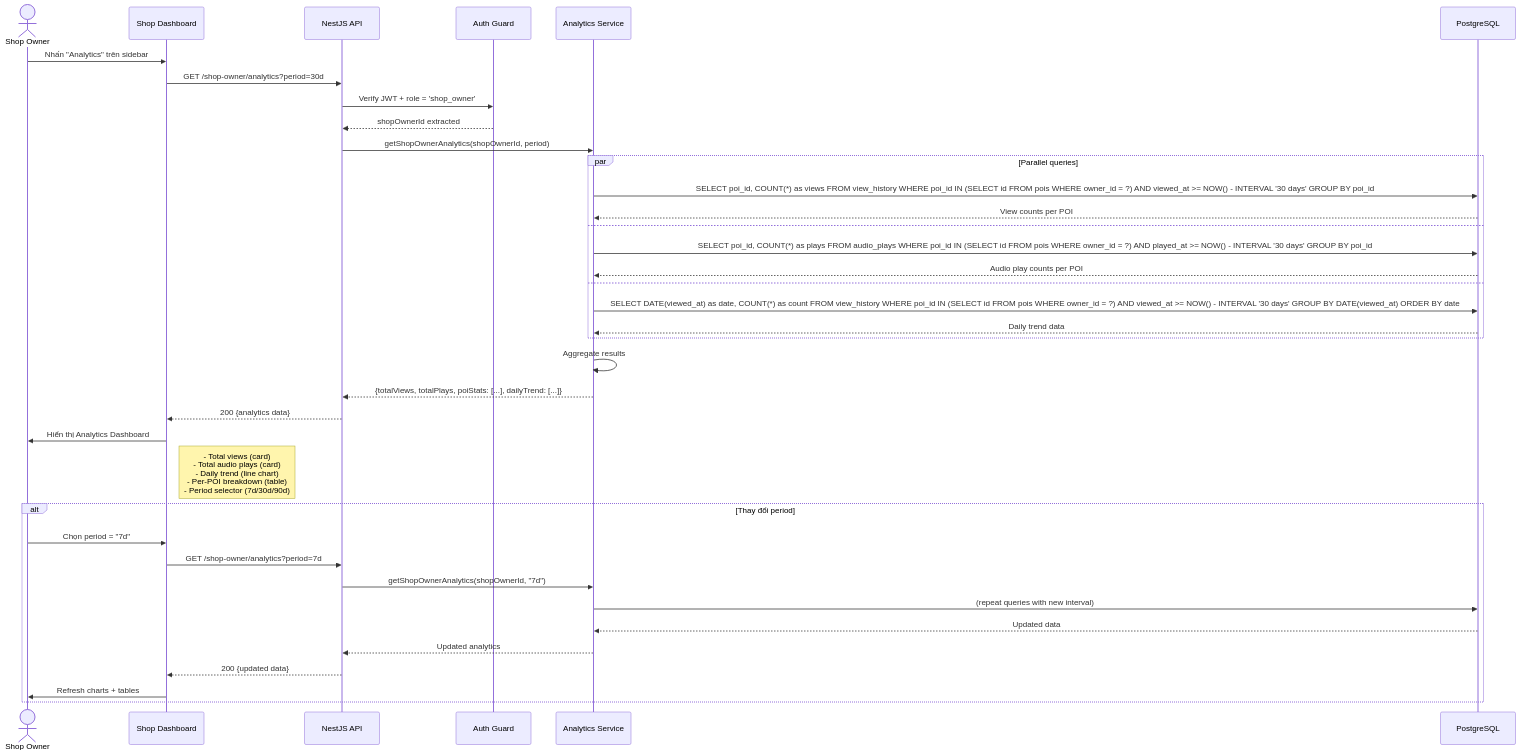
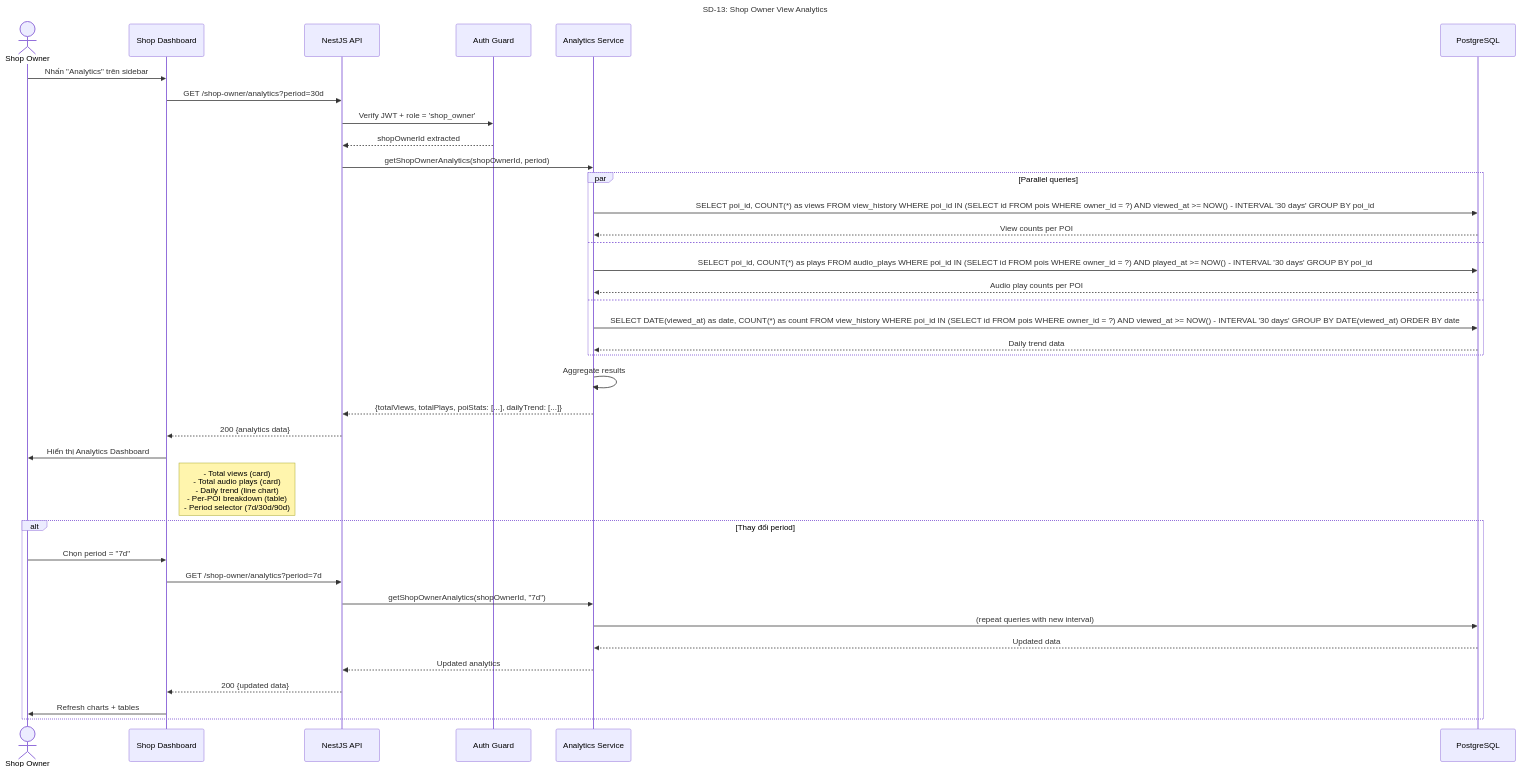
One commit to Ttuandatt/Seminar changed diagram 13 of 17 in docs/step3_prd/15_sequence_diagrams.md. Above: the diagram before and after it, drawn with Mermaid. The commit also changed other lines of this file, not shown here.

Commit message:
docs(sequence): add title labels to all 17 mermaid sequence diagrams for draw.io identification

````diff
--- a/docs/step3_prd/15_sequence_diagrams.md
+++ b/docs/step3_prd/15_sequence_diagrams.md
@@ -620,46 +632,47 @@
 ```mermaid
 sequenceDiagram
+    title SD-13: Shop Owner View Analytics
     actor SO as Shop Owner
     participant UI as Shop Dashboard
     participant API as NestJS API
     participant Guard as Auth Guard
     participant Analytics as Analytics Service
     participant DB as PostgreSQL
 
     SO->>UI: Nhấn "Analytics" trên sidebar
     UI->>API: GET /shop-owner/analytics?period=30d
     
     API->>Guard: Verify JWT + role = 'shop_owner'
     Guard-->>API: shopOwnerId extracted
     
     API->>Analytics: getShopOwnerAnalytics(shopOwnerId, period)
     
     par Parallel queries
         Analytics->>DB: SELECT poi_id, COUNT(*) as views FROM view_history WHERE poi_id IN (SELECT id FROM pois WHERE owner_id = ?) AND viewed_at >= NOW() - INTERVAL '30 days' GROUP BY poi_id
         DB-->>Analytics: View counts per POI
     and
         Analytics->>DB: SELECT poi_id, COUNT(*) as plays FROM audio_plays WHERE poi_id IN (SELECT id FROM pois WHERE owner_id = ?) AND played_at >= NOW() - INTERVAL '30 days' GROUP BY poi_id
         DB-->>Analytics: Audio play counts per POI
     and
         Analytics->>DB: SELECT DATE(viewed_at) as date, COUNT(*) as count FROM view_history WHERE poi_id IN (SELECT id FROM pois WHERE owner_id = ?) AND viewed_at >= NOW() - INTERVAL '30 days' GROUP BY DATE(viewed_at) ORDER BY date
         DB-->>Analytics: Daily trend data
     end
 
     Analytics->>Analytics: Aggregate results
     Analytics-->>API: {totalViews, totalPlays, poiStats: [...], dailyTrend: [...]}
     API-->>UI: 200 {analytics data}
 
     UI->>SO: Hiển thị Analytics Dashboard
     Note right of UI: - Total views (card)<br/>- Total audio plays (card)<br/>- Daily trend (line chart)<br/>- Per-POI breakdown (table)<br/>- Period selector (7d/30d/90d)
 
     alt Thay đổi period
         SO->>UI: Chọn period = "7d"
         UI->>API: GET /shop-owner/analytics?period=7d
         API->>Analytics: getShopOwnerAnalytics(shopOwnerId, "7d")
         Analytics->>DB: (repeat queries with new interval)
         DB-->>Analytics: Updated data
         Analytics-->>API: Updated analytics
         API-->>UI: 200 {updated data}
         UI->>SO: Refresh charts + tables
     end
 ```
````
